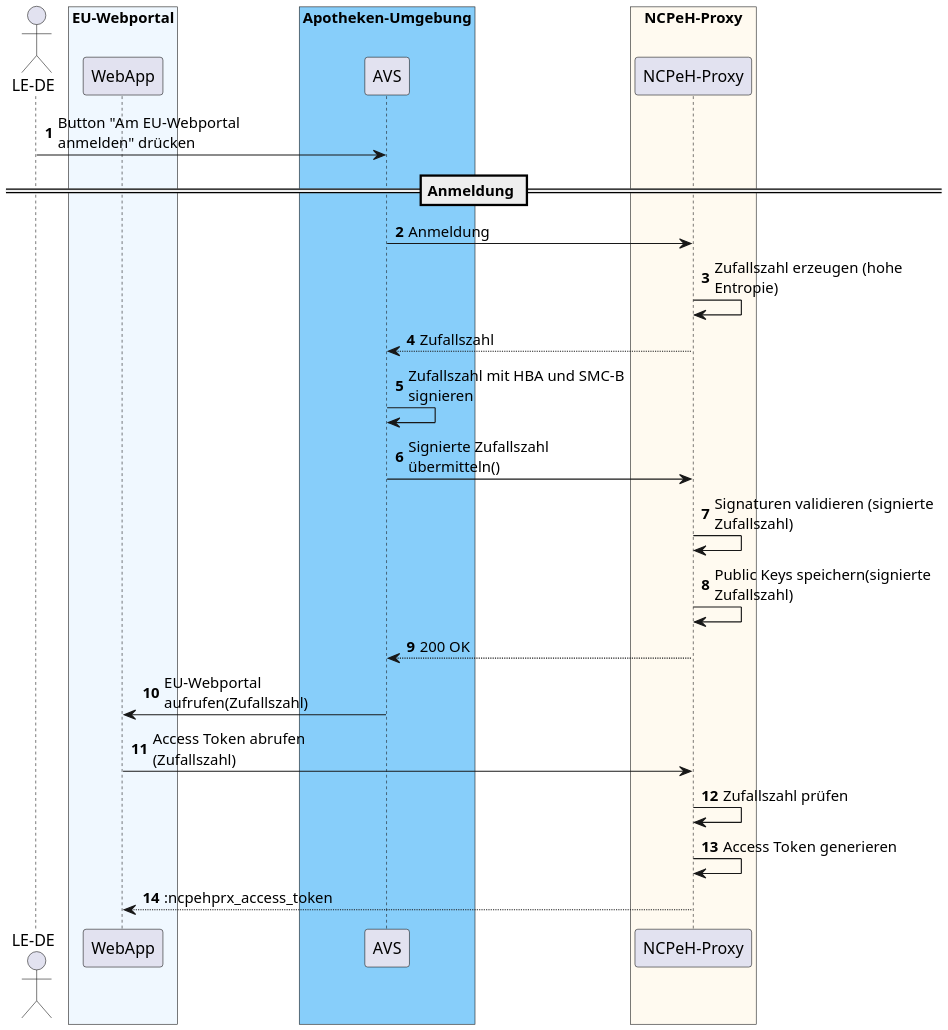
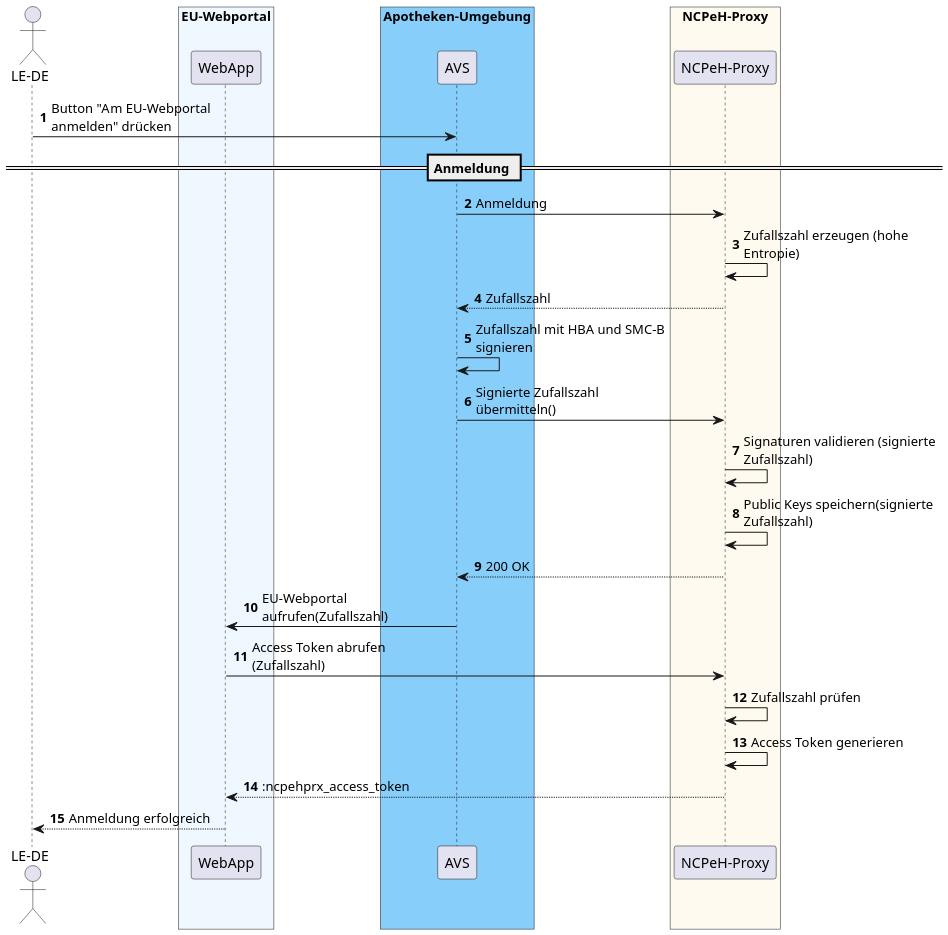
One commit to gematik/api-ncpeh changed the diagram in src/images/feature/eped-b/auth/auth_seq-alternative4c.puml. Above: the diagram before and after it, drawn with PlantUML.

Commit message:
no message

```diff
--- a/src/images/feature/eped-b/auth/auth_seq-alternative4c.puml
+++ b/src/images/feature/eped-b/auth/auth_seq-alternative4c.puml
@@ -1,46 +1,47 @@
 @startuml
 !pragma PLS 8192
 
 skinparam maxMessageSize 200
 autonumber
 hide unlinked
 scale 1625 width
 
 actor "LE-DE" as User
 box "EU-Webportal" #AliceBlue
     participant "WebApp" as WebApp
 end box
 box "Apotheken-Umgebung" #LightSkyBlue
     participant "AVS" as AVS
 end box
 box "NCPeH-Proxy" #FloralWhite
     participant "NCPeH-Proxy" as Proxy
 end box
 
 
 
 User -> AVS: Button "Am EU-Webportal anmelden" drücken
 
 == Anmeldung ==
 
 AVS -> Proxy: Anmeldung
 Proxy -> Proxy: Zufallszahl erzeugen (hohe Entropie)
 
 Proxy --> AVS: Zufallszahl
 
 AVS -> AVS: Zufallszahl mit HBA und SMC-B signieren
 
 AVS -> Proxy: Signierte Zufallszahl übermitteln()
 
 Proxy -> Proxy: Signaturen validieren (signierte Zufallszahl)
 Proxy -> Proxy: Public Keys speichern(signierte Zufallszahl)
 Proxy --> AVS: 200 OK
 
 AVS -> WebApp: EU-Webportal aufrufen(Zufallszahl)
 
 WebApp -> Proxy: Access Token abrufen (Zufallszahl)
 Proxy -> Proxy: Zufallszahl prüfen
 Proxy -> Proxy: Access Token generieren
 Proxy --> WebApp: :ncpehprx_access_token
+WebApp --> User: Anmeldung erfolgreich
 
 @enduml
```
